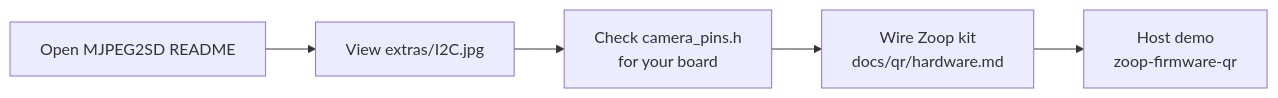
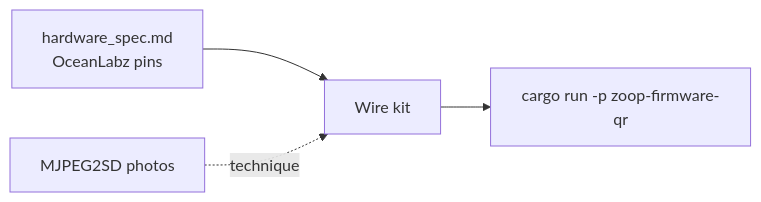
Before and after one commit to akashsoni01/zoop: the first of 4 diagrams in physical-components/README.md, drawn with Mermaid. The commit also changed other lines of this file and 9 other files, not shown here.

````diff
--- a/physical-components/README.md
+++ b/physical-components/README.md
@@ -47,7 +58,6 @@
 ```mermaid
 flowchart LR
-  A["Open MJPEG2SD README"] --> B["View extras/I2C.jpg"]
-  B --> C["Check camera_pins.h<br/>for your board"]
-  C --> D["Wire Zoop kit<br/>docs/qr/hardware.md"]
-  D --> E["Host demo<br/>zoop-firmware-qr"]
+  A["hardware_spec.md<br/>OceanLabz pins"] --> B["Wire kit"]
+  C["MJPEG2SD photos"] -.->|technique| B
+  B --> D["cargo run -p zoop-firmware-qr"]
 ```
````
